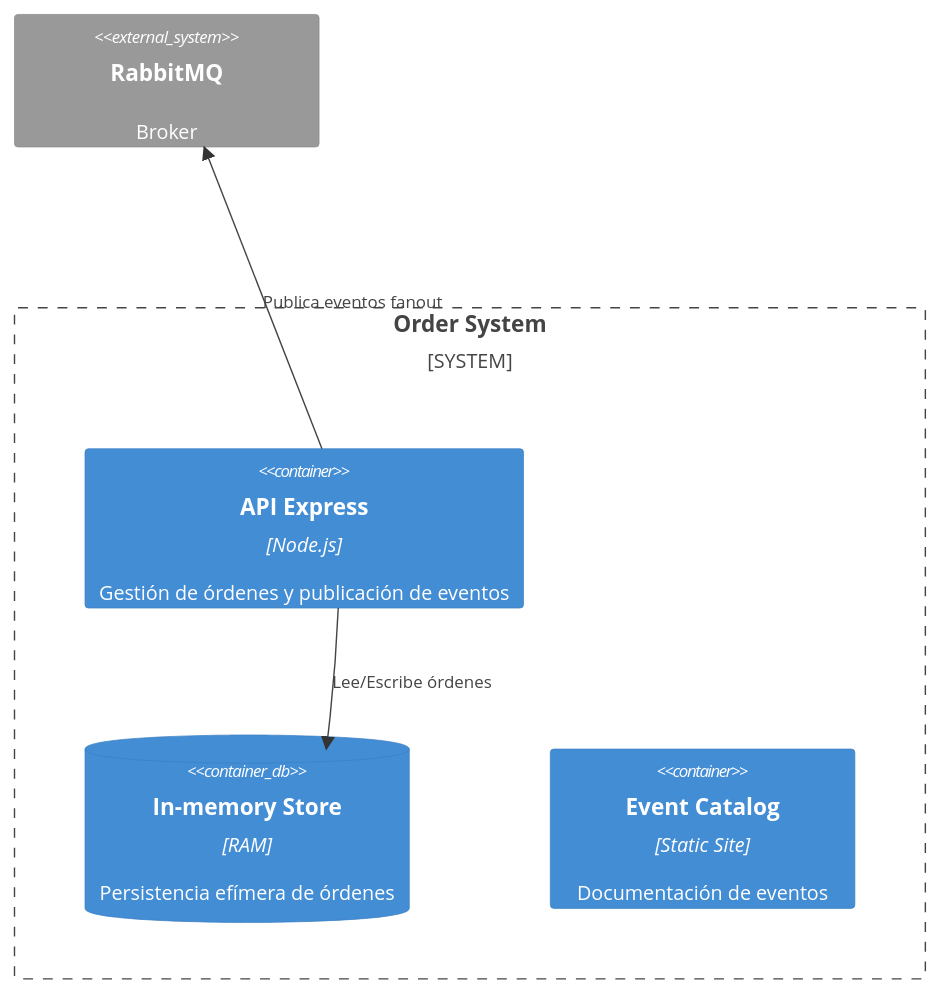
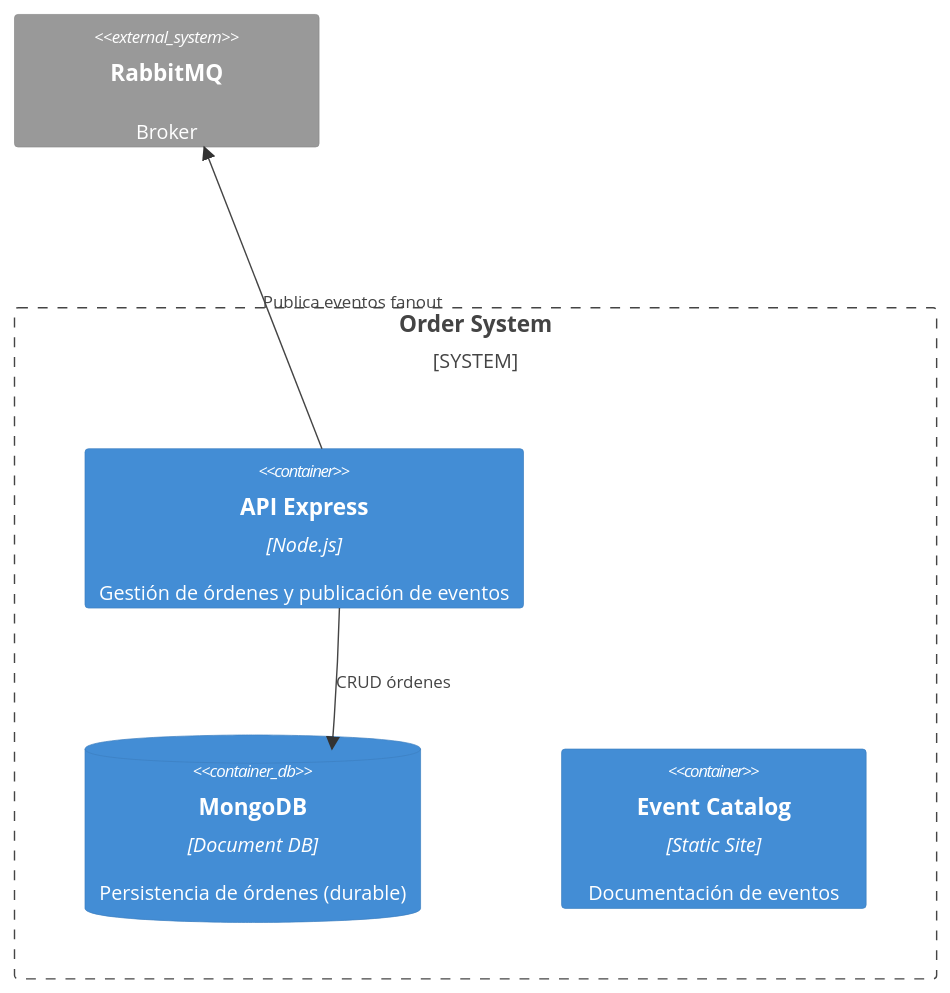
One commit to mateo-ceballos-colombo/IAW-11-4-openapi-eventcatalog changed the second of 3 diagrams in README.md. Above: the diagram before and after it, drawn with Mermaid. The commit also changed other lines of this file and 402 other files, not shown here.

````diff
--- a/README.md
+++ b/README.md
@@ -85,11 +108,11 @@
 ```mermaid
 C4Container
 System_Boundary(orderSystem, "Order System") {
 	Container(api, "API Express", "Node.js", "Gestión de órdenes y publicación de eventos")
-	ContainerDb(memory, "In-memory Store", "RAM", "Persistencia efímera de órdenes")
+	ContainerDb(mongo, "MongoDB", "Document DB", "Persistencia de órdenes (durable)")
 	Container(eventCatalog, "Event Catalog", "Static Site", "Documentación de eventos")
 }
 System_Ext(rabbitExt, "RabbitMQ", "Broker")
 Rel(api, rabbitExt, "Publica eventos fanout")
-Rel(api, memory, "Lee/Escribe órdenes")
+Rel(api, mongo, "CRUD órdenes")
 ```
````
